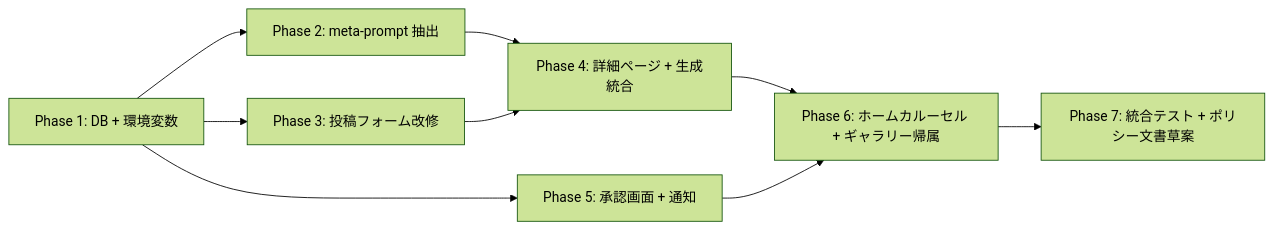
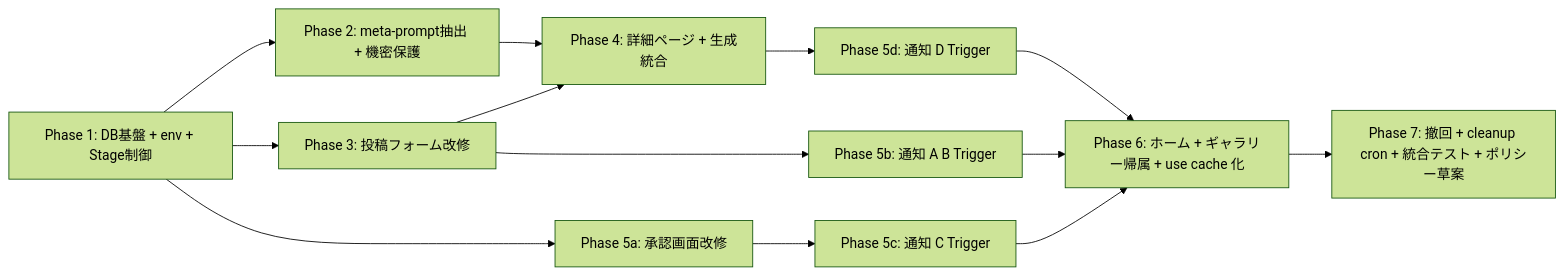
The fifth of 5 diagrams in docs/planning/creator-looks-implementation-plan.md (3balljugglerYu/ai_coordinate), drawn with Mermaid (forest theme) before and after one commit. The commit also changed other lines of this file, not shown here.

````diff
--- a/docs/planning/creator-looks-implementation-plan.md
+++ b/docs/planning/creator-looks-implementation-plan.md
@@ -320,11 +449,15 @@
 ```mermaid
 flowchart LR
-    P1[Phase 1: DB + 環境変数] --> P2[Phase 2: meta-prompt 抽出]
+    P1[Phase 1: DB基盤 + env + Stage制御] --> P2[Phase 2: meta-prompt抽出 + 機密保護]
     P1 --> P3[Phase 3: 投稿フォーム改修]
     P2 --> P4[Phase 4: 詳細ページ + 生成統合]
     P3 --> P4
-    P1 --> P5[Phase 5: 承認画面 + 通知]
-    P4 --> P6[Phase 6: ホームカルーセル + ギャラリー帰属]
-    P5 --> P6
-    P6 --> P7[Phase 7: 統合テスト + ポリシー文書草案]
+    P1 --> P5a[Phase 5a: 承認画面改修]
+    P3 --> P5b[Phase 5b: 通知 A B Trigger]
+    P5a --> P5c[Phase 5c: 通知 C Trigger]
+    P4 --> P5d[Phase 5d: 通知 D Trigger]
+    P5b --> P6[Phase 6: ホーム + ギャラリー帰属 + use cache 化]
+    P5c --> P6
+    P5d --> P6
+    P6 --> P7[Phase 7: 撤回 + cleanup cron + 統合テスト + ポリシー草案]
 ```
````
